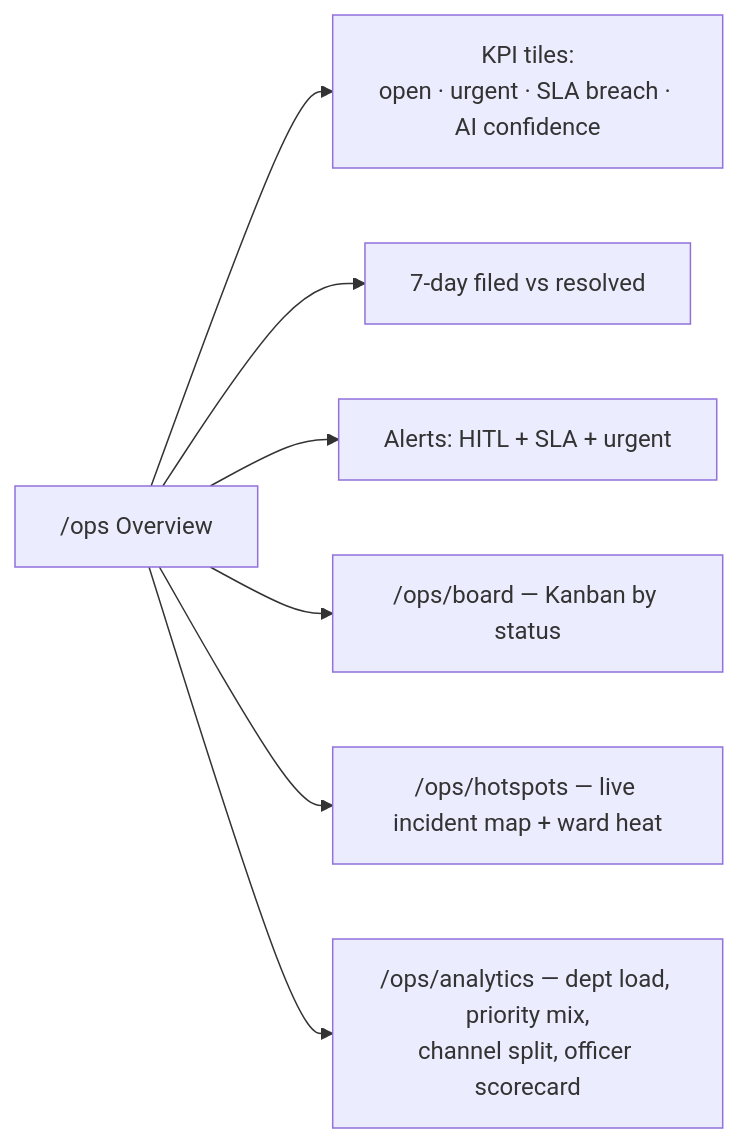
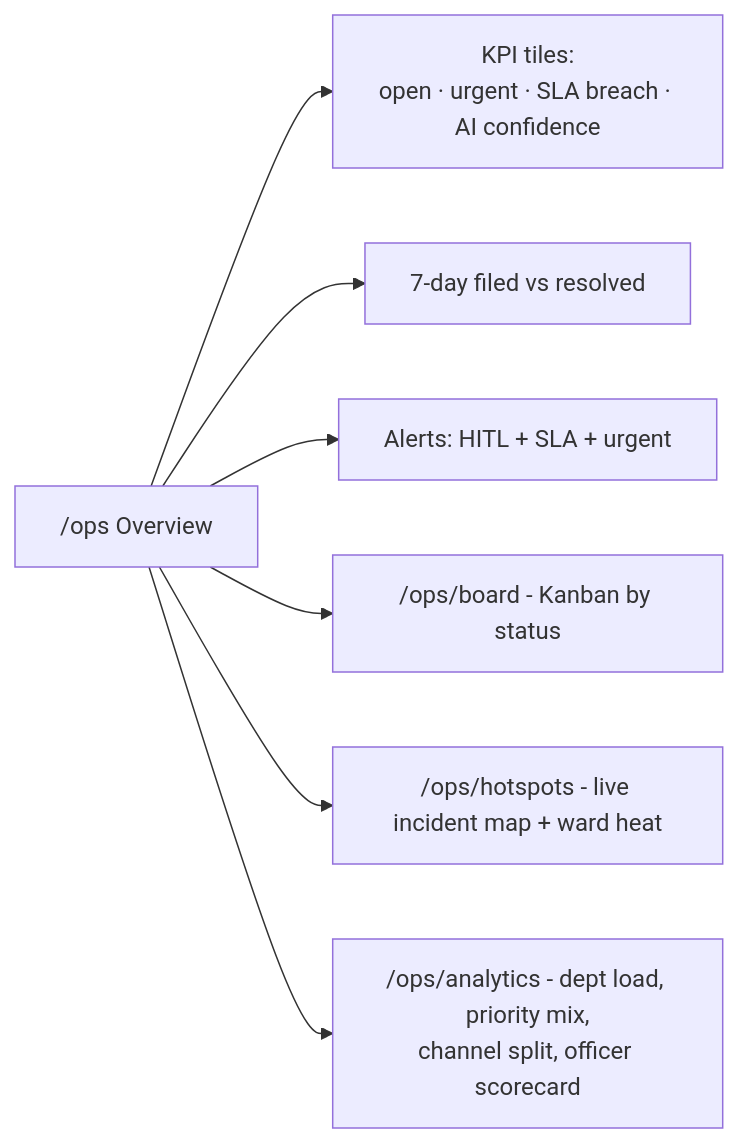
One commit to ShivamBwaj/smart-grievance-system changed the fifth of 9 diagrams in docs/PRODUCT-OVERVIEW.md. Above: the diagram before and after it, drawn with Mermaid. The commit also changed other lines of this file and 26 other files, not shown here.

````diff
--- a/docs/PRODUCT-OVERVIEW.md
+++ b/docs/PRODUCT-OVERVIEW.md
@@ -127,9 +127,9 @@
 ```mermaid
 flowchart LR
     OV["/ops Overview"] --> K["KPI tiles:<br/>open · urgent · SLA breach · AI confidence"]
     OV --> CH["7-day filed vs resolved"]
     OV --> AL["Alerts: HITL + SLA + urgent"]
-    OV --> BRD["/ops/board — Kanban by status"]
-    OV --> HOT["/ops/hotspots — live incident map + ward heat"]
-    OV --> AN["/ops/analytics — dept load, priority mix,<br/>channel split, officer scorecard"]
+    OV --> BRD["/ops/board - Kanban by status"]
+    OV --> HOT["/ops/hotspots - live incident map + ward heat"]
+    OV --> AN["/ops/analytics - dept load, priority mix,<br/>channel split, officer scorecard"]
 ```
````
